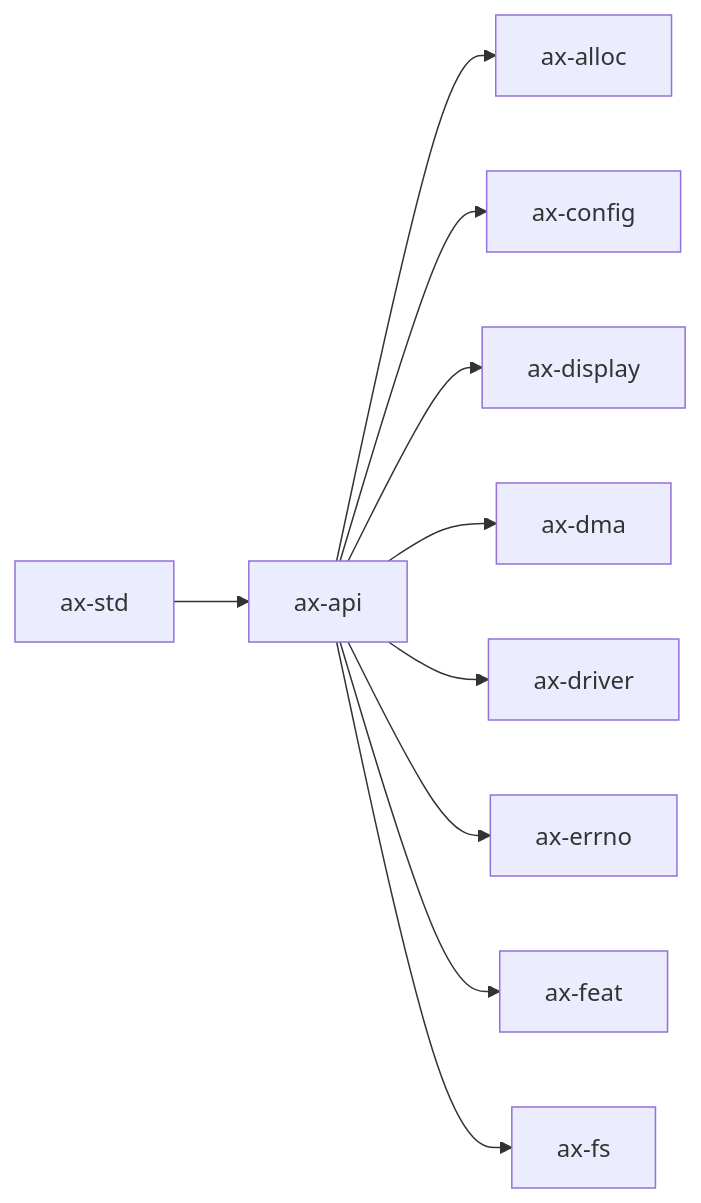
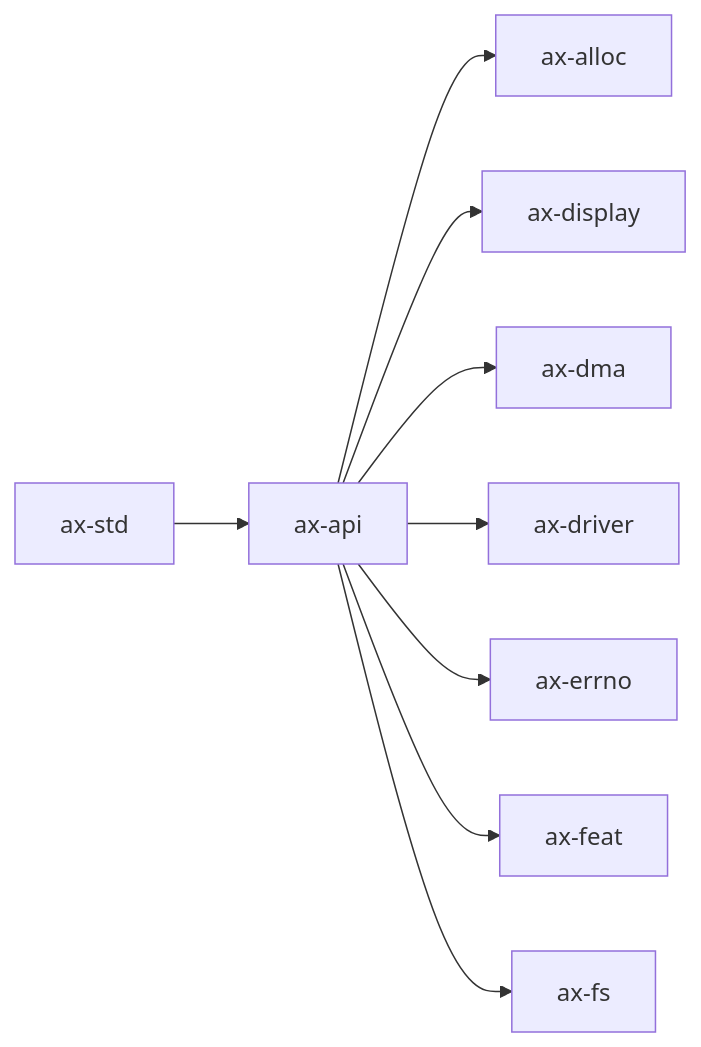
Before and after one commit to rcore-os/tgoskits: the diagram in docs/docs/components/crates/ax-api.md, drawn with Mermaid. The commit also changed other lines of this file and 204 other files, not shown here.

````diff
--- a/docs/docs/components/crates/ax-api.md
+++ b/docs/docs/components/crates/ax-api.md
@@ -32,13 +32,12 @@
 ```mermaid
 graph LR
     current["ax-api"]
     current --> ax-alloc["ax-alloc"]
-    current --> axconfig["ax-config"]
     current --> ax-display["ax-display"]
     current --> ax_dma["ax-dma"]
     current --> ax-driver["ax-driver"]
     current --> ax_errno["ax-errno"]
     current --> ax-feat["ax-feat"]
     current --> ax-fs["ax-fs"]
     ax_std["ax-std"] --> current
 ```
````
